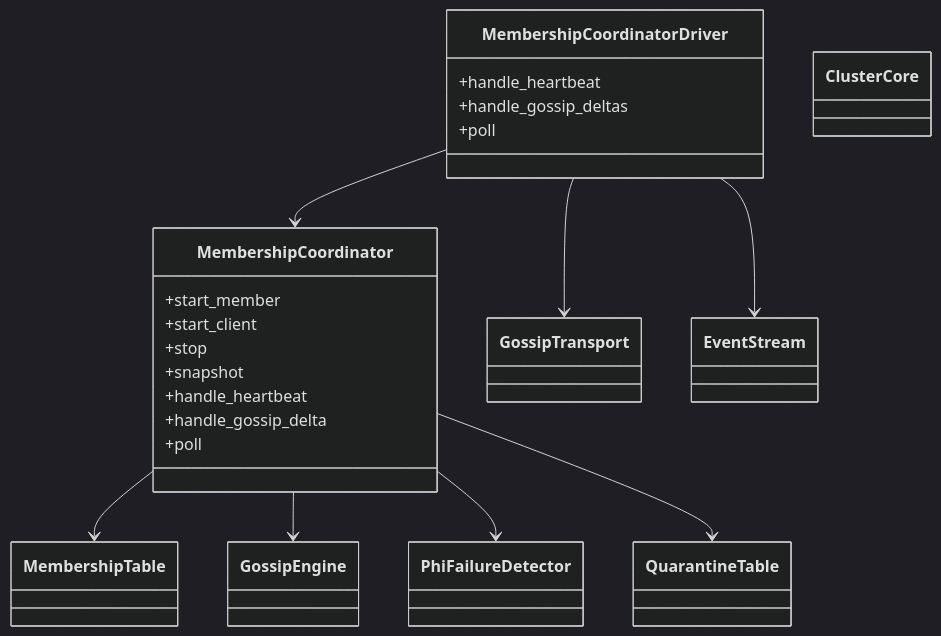
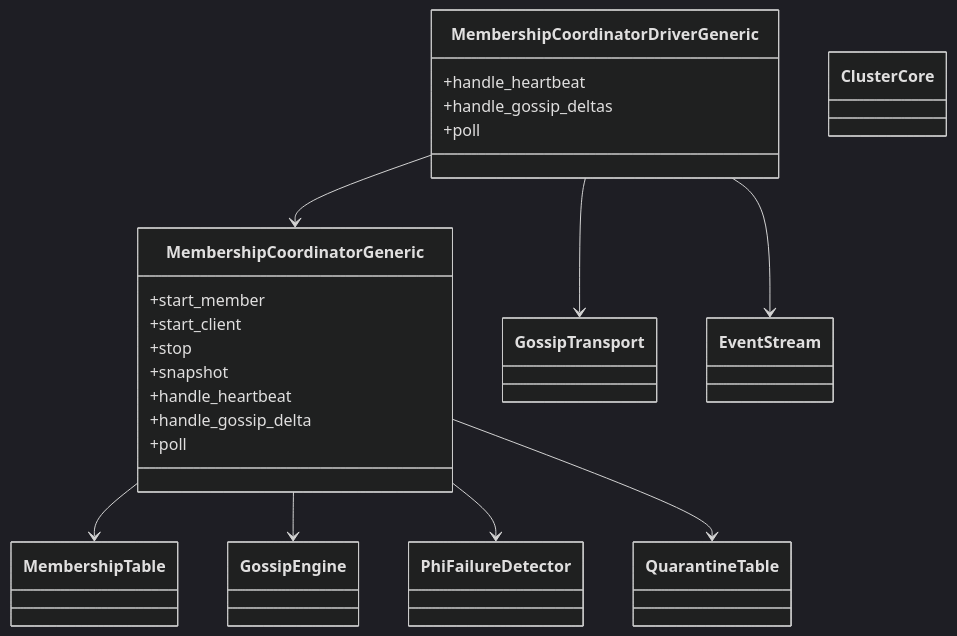
One commit to j5ik2o/fraktor-rs changed the fourth of 5 diagrams in .kiro/specs/cluster-membership-gossip-topology/design.md. Above: the diagram before and after it, drawn with Mermaid (dark theme). The commit also changed other lines of this file and 2 other files, not shown here.

Commit message:
feat: update design documentation for MembershipCoordinator and introduce new error handling and state management

````diff
--- a/.kiro/specs/cluster-membership-gossip-topology/design.md
+++ b/.kiro/specs/cluster-membership-gossip-topology/design.md
@@ -251,32 +321,32 @@
 ```mermaid
 classDiagram
-  class MembershipCoordinator {
+  class MembershipCoordinatorGeneric {
     +start_member
     +start_client
     +stop
     +snapshot
     +handle_heartbeat
     +handle_gossip_delta
     +poll
   }
-  class MembershipCoordinatorDriver {
+  class MembershipCoordinatorDriverGeneric {
     +handle_heartbeat
     +handle_gossip_deltas
     +poll
   }
   class MembershipTable
   class GossipEngine
   class GossipTransport
   class EventStream
   class PhiFailureDetector
   class QuarantineTable
   class ClusterCore
 
-  MembershipCoordinatorDriver --> MembershipCoordinator
-  MembershipCoordinatorDriver --> GossipTransport
-  MembershipCoordinatorDriver --> EventStream
-  MembershipCoordinator --> MembershipTable
-  MembershipCoordinator --> GossipEngine
-  MembershipCoordinator --> PhiFailureDetector
-  MembershipCoordinator --> QuarantineTable
+  MembershipCoordinatorDriverGeneric --> MembershipCoordinatorGeneric
+  MembershipCoordinatorDriverGeneric --> GossipTransport
+  MembershipCoordinatorDriverGeneric --> EventStream
+  MembershipCoordinatorGeneric --> MembershipTable
+  MembershipCoordinatorGeneric --> GossipEngine
+  MembershipCoordinatorGeneric --> PhiFailureDetector
+  MembershipCoordinatorGeneric --> QuarantineTable
 ```
````
